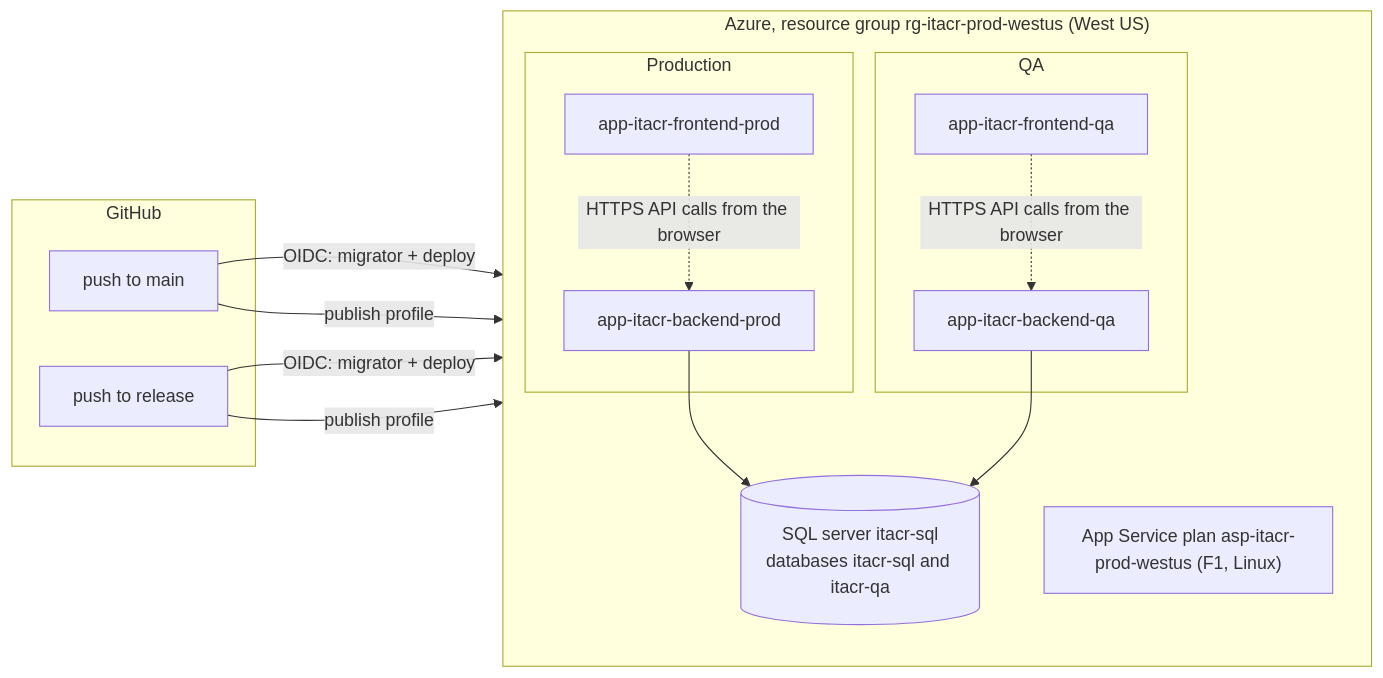
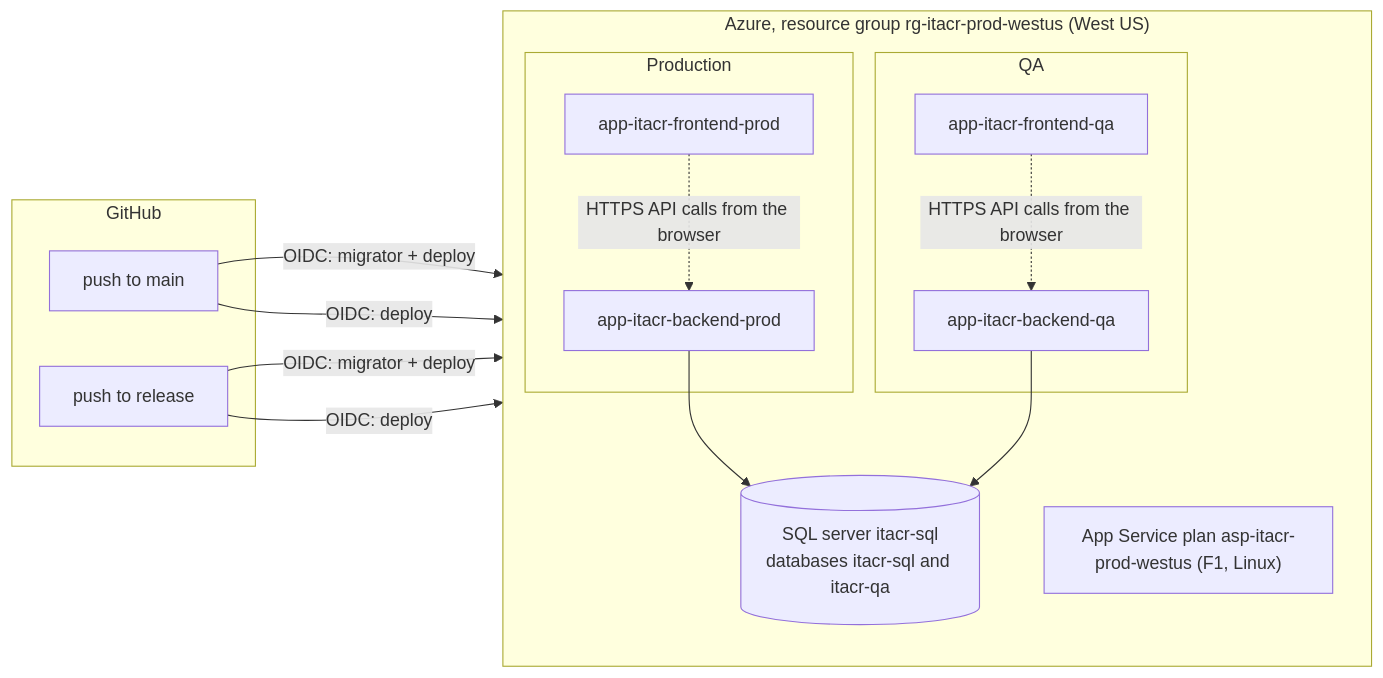
Before and after one commit to JulianH2/itacr-backend: the diagram in docs/deployment/azure.md, drawn with Mermaid. The commit also changed other lines of this file and 3 other files, not shown here.

````diff
--- a/docs/deployment/azure.md
+++ b/docs/deployment/azure.md
@@ -26,28 +26,28 @@
 ```mermaid
 flowchart LR
     subgraph GitHub
         Main["push to main"]
         Release["push to release"]
     end
     subgraph Azure["Azure, resource group rg-itacr-prod-westus (West US)"]
         direction TB
         Plan["App Service plan asp-itacr-prod-westus (F1, Linux)"]
         subgraph Prod["Production"]
             BP["app-itacr-backend-prod"]
             FP["app-itacr-frontend-prod"]
         end
         subgraph Qa["QA"]
             BQ["app-itacr-backend-qa"]
             FQ["app-itacr-frontend-qa"]
         end
         SQL[("SQL server itacr-sql<br/>databases itacr-sql and itacr-qa")]
     end
     Main -->|"OIDC: migrator + deploy"| BP
-    Main -->|"publish profile"| FP
+    Main -->|"OIDC: deploy"| FP
     Release -->|"OIDC: migrator + deploy"| BQ
-    Release -->|"publish profile"| FQ
+    Release -->|"OIDC: deploy"| FQ
     BP --> SQL
     BQ --> SQL
     FP -.->|"HTTPS API calls from the browser"| BP
     FQ -.->|"HTTPS API calls from the browser"| BQ
 ```
````
